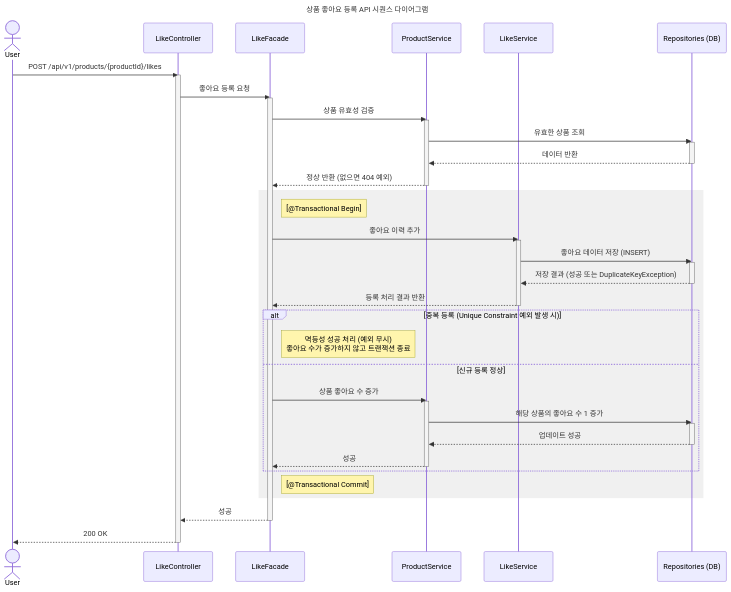
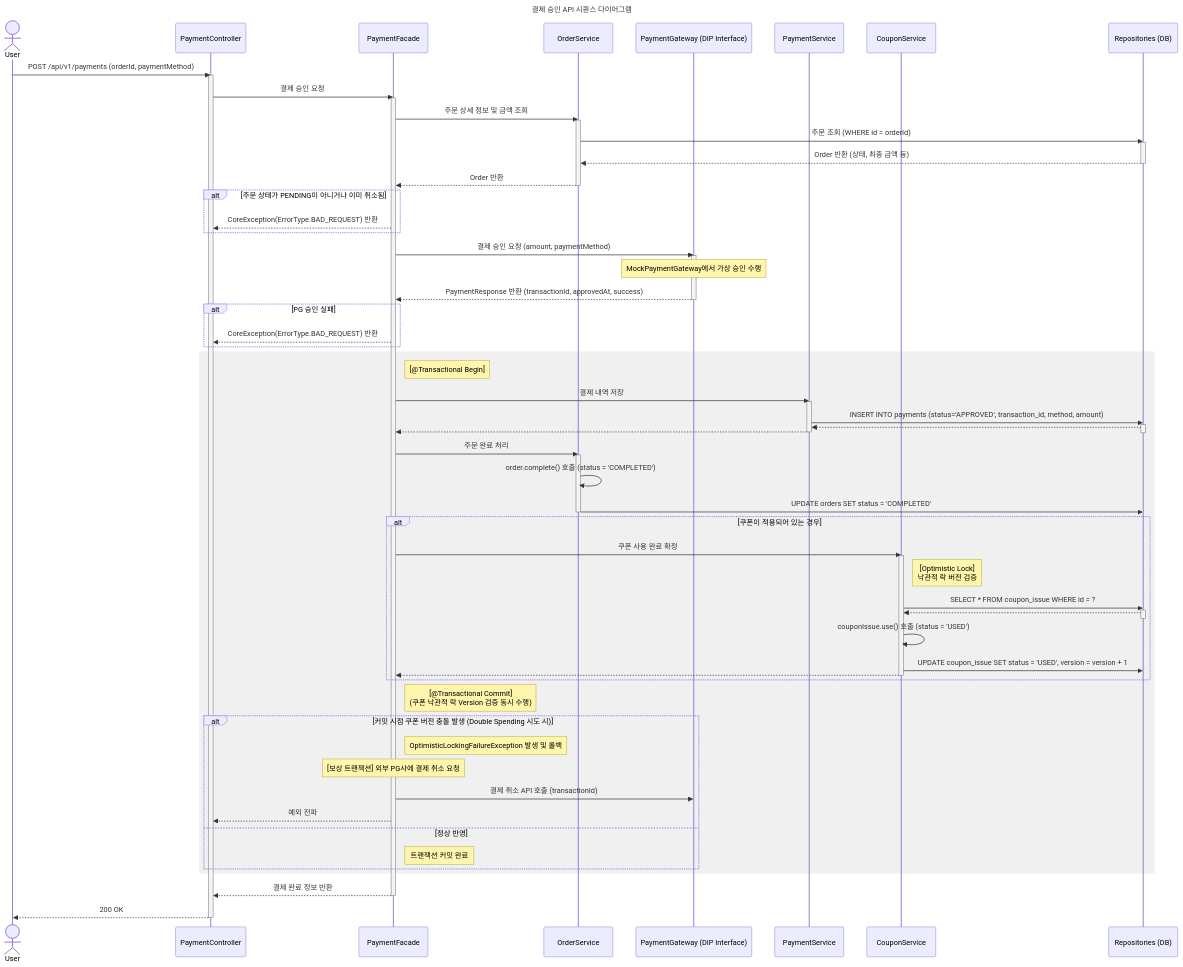
Before and after one commit to loopers-labs/loop-pack-be-l2-vol4-java: the second of 5 diagrams in docs/week2/02-sequence-diagrams.md, drawn with Mermaid. The commit also changed other lines of this file and 4 other files, not shown here.

````diff
--- a/docs/week2/02-sequence-diagrams.md
+++ b/docs/week2/02-sequence-diagrams.md
@@ -108,58 +104,90 @@
 ```mermaid
 sequenceDiagram
-    title 상품 좋아요 등록 API 시퀀스 다이어그램
+    title 결제 승인 API 시퀀스 다이어그램
     actor User
-    participant Controller as LikeController
-    participant Facade as LikeFacade
-    participant ProductSvc as ProductService
-    participant LikeSvc as LikeService
+    participant Controller as PaymentController
+    participant Facade as PaymentFacade
+    participant OrderSvc as OrderService
+    participant PG as PaymentGateway (DIP Interface)
+    participant PaySvc as PaymentService
+    participant CouponSvc as CouponService
     participant Repo as Repositories (DB)
 
-    User->>Controller: POST /api/v1/products/{productId}/likes
+    User->>Controller: POST /api/v1/payments (orderId, paymentMethod)
     activate Controller
 
-    Controller->>Facade: 좋아요 등록 요청
+    Controller->>Facade: 결제 승인 요청
     activate Facade
 
-    Facade->>ProductSvc: 상품 유효성 검증
-    activate ProductSvc
-    ProductSvc->>Repo: 유효한 상품 조회
+    Facade->>OrderSvc: 주문 상세 정보 및 금액 조회
+    activate OrderSvc
+    OrderSvc->>Repo: 주문 조회 (WHERE id = orderId)
     activate Repo
-    Repo-->>ProductSvc: 데이터 반환
+    Repo-->>OrderSvc: Order 반환 (상태, 최종 금액 등)
     deactivate Repo
-    ProductSvc-->>Facade: 정상 반환 (없으면 404 예외)
-    deactivate ProductSvc
+    OrderSvc-->>Facade: Order 반환
+    deactivate OrderSvc
+
+    alt 주문 상태가 PENDING이 아니거나 이미 취소됨
+        Facade-->>Controller: CoreException(ErrorType.BAD_REQUEST) 반환
+    end
+
+    %% 외부 PG API 호출 (트랜잭션 외부)
+    Facade->>PG: 결제 승인 요청 (amount, paymentMethod)
+    activate PG
+    Note over PG: MockPaymentGateway에서 가상 승인 수행
+    PG-->>Facade: PaymentResponse 반환 (transactionId, approvedAt, success)
+    deactivate PG
+
+    alt PG 승인 실패
+        Facade-->>Controller: CoreException(ErrorType.BAD_REQUEST) 반환
+    end
 
     rect rgb(240, 240, 240)
         Note right of Facade: [@Transactional Begin]
+        
+        Facade->>PaySvc: 결제 내역 저장
+        activate PaySvc
+        PaySvc->>Repo: INSERT INTO payments (status='APPROVED', transaction_id, method, amount)
+        activate Repo
+        Repo-->>PaySvc: 
+        deactivate Repo
+        PaySvc-->>Facade: 
+        deactivate PaySvc
 
-        Facade->>LikeSvc: 좋아요 이력 추가
-        activate LikeSvc
-        LikeSvc->>Repo: 좋아요 데이터 저장 (INSERT)
-        activate Repo
-        Repo-->>LikeSvc: 저장 결과 (성공 또는 DuplicateKeyException)
-        deactivate Repo
-        LikeSvc-->>Facade: 등록 처리 결과 반환
-        deactivate LikeSvc
+        Facade->>OrderSvc: 주문 완료 처리
+        activate OrderSvc
+        OrderSvc->>OrderSvc: order.complete() 호출 (status = 'COMPLETED')
+        OrderSvc->>Repo: UPDATE orders SET status = 'COMPLETED'
+        deactivate OrderSvc
 
-        alt 중복 등록 (Unique Constraint 예외 발생 시)
-            Note right of Facade: 멱등성 성공 처리 (예외 무시)<br/>좋아요 수가 증가하지 않고 트랜잭션 종료
-        else 신규 등록 정상
-            Facade->>ProductSvc: 상품 좋아요 수 증가
-            activate ProductSvc
-            ProductSvc->>Repo: 해당 상품의 좋아요 수 1 증가
+        alt 쿠폰이 적용되어 있는 경우
+            Facade->>CouponSvc: 쿠폰 사용 완료 확정
+            activate CouponSvc
+            Note right of CouponSvc: [Optimistic Lock]<br/>낙관적 락 버전 검증
+            CouponSvc->>Repo: SELECT * FROM coupon_issue WHERE id = ?
             activate Repo
-            Repo-->>ProductSvc: 업데이트 성공
+            Repo-->>CouponSvc: 
             deactivate Repo
-            ProductSvc-->>Facade: 성공
-            deactivate ProductSvc
+            CouponSvc->>CouponSvc: couponIssue.use() 호출 (status = 'USED')
+            CouponSvc->>Repo: UPDATE coupon_issue SET status = 'USED', version = version + 1
+            CouponSvc-->>Facade: 
+            deactivate CouponSvc
         end
-        Note right of Facade: [@Transactional Commit]
+
+        Note right of Facade: [@Transactional Commit]<br/>(쿠폰 낙관적 락 Version 검증 동시 수행)
+        alt 커밋 시점 쿠폰 버전 충돌 발생 (Double Spending 시도 시)
+            Note right of Facade: OptimisticLockingFailureException 발생 및 롤백
+            Note over Facade: [보상 트랜잭션] 외부 PG사에 결제 취소 요청
+            Facade->>PG: 결제 취소 API 호출 (transactionId)
+            Facade-->>Controller: 예외 전파
+        else 정상 반영
+            Note right of Facade: 트랜잭션 커밋 완료
+        end
     end
 
-    Facade-->>Controller: 성공
+    Facade-->>Controller: 결제 완료 정보 반환
     deactivate Facade
-
     Controller-->>User: 200 OK
     deactivate Controller
 ```
````
